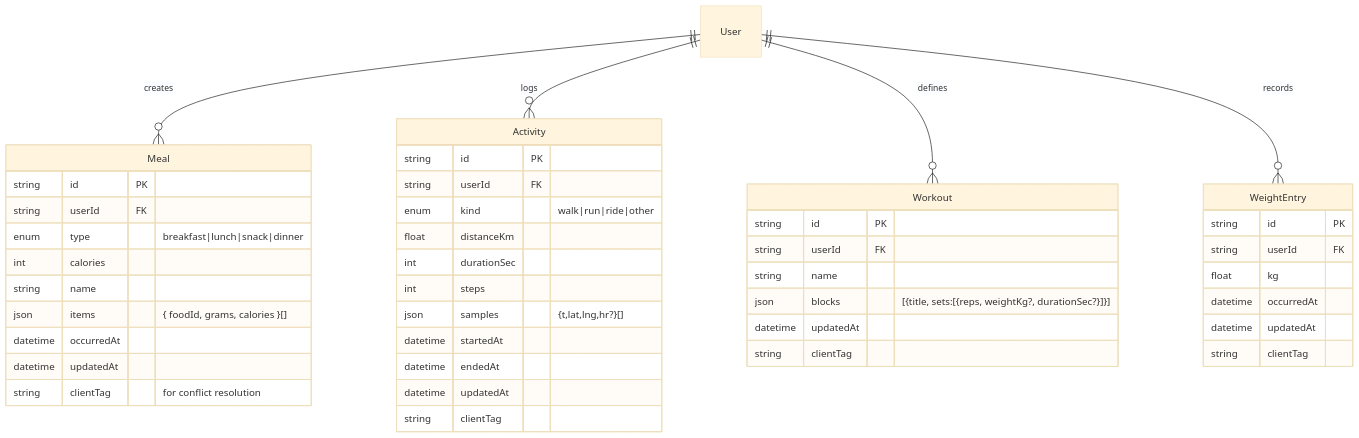
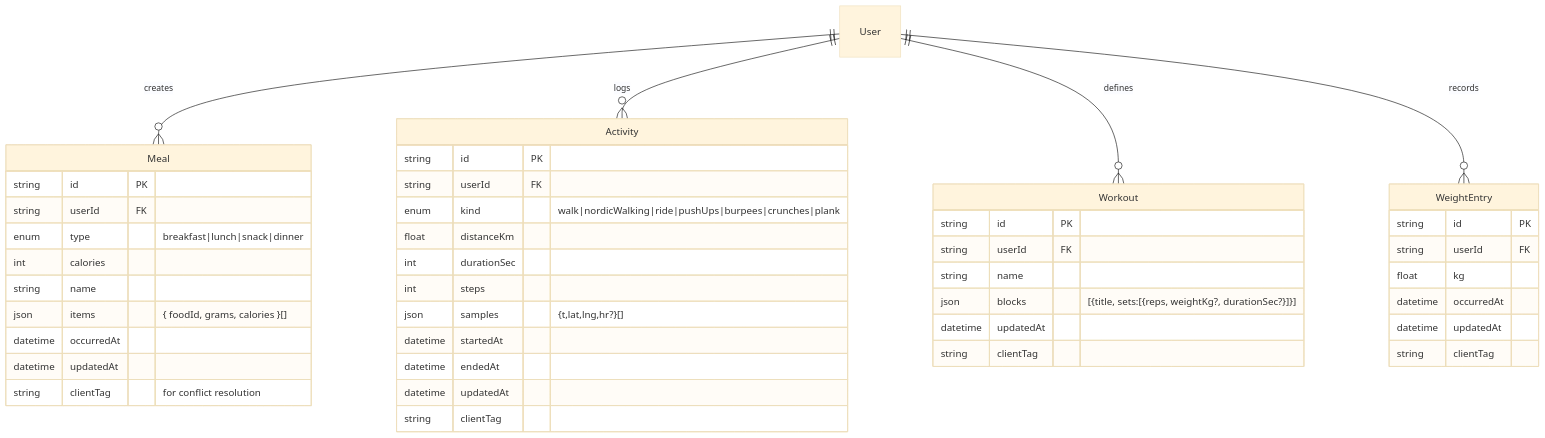
The diagram in README.md (aweijnitz/fitness-tracker), drawn with Mermaid (base theme) before and after one commit.

````diff
--- a/README.md
+++ b/README.md
@@ -35,47 +35,47 @@
 ```mermaid
 erDiagram
   User ||--o{ Meal : creates
   User ||--o{ Activity : logs
   User ||--o{ Workout : defines
   User ||--o{ WeightEntry : records
   Meal {
     string id PK
     string userId FK
     enum type  "breakfast|lunch|snack|dinner"
     int calories
     string name
     json items    "{ foodId, grams, calories }[]"
     datetime occurredAt
     datetime updatedAt
     string clientTag  "for conflict resolution"
   }
   Activity {
     string id PK
     string userId FK
-    enum kind  "walk|run|ride|other"
+    enum kind  "walk|nordicWalking|ride|pushUps|burpees|crunches|plank"
     float distanceKm
     int durationSec
     int steps
     json samples "{t,lat,lng,hr?}[]"
     datetime startedAt
     datetime endedAt
     datetime updatedAt
     string clientTag
   }
   Workout {
     string id PK
     string userId FK
     string name
     json blocks "[{title, sets:[{reps, weightKg?, durationSec?}]}]"
     datetime updatedAt
     string clientTag
   }
   WeightEntry {
     string id PK
     string userId FK
     float kg
     datetime occurredAt
     datetime updatedAt
     string clientTag
   }
 ```
````
